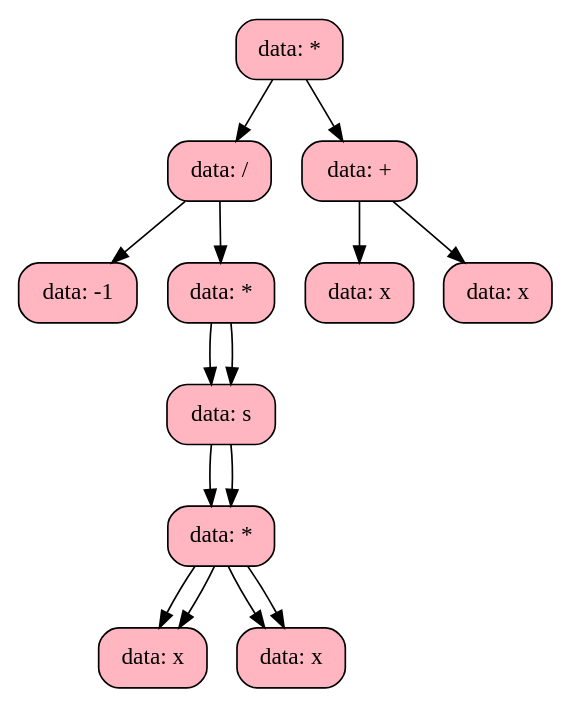
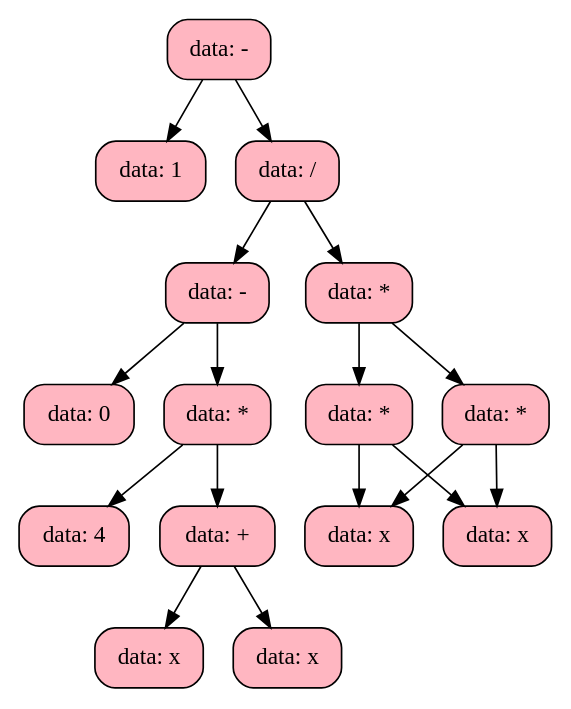
Before and after one commit to SashaOiya/Differenc: the diagram in tree.dot, drawn with Graphviz. The commit also changed 6 other files, not shown here.

```diff
--- a/tree.dot
+++ b/tree.dot
@@ -1,34 +1,36 @@
 digraph G { 
 node [shape = record];
- "00BB0D90"  "00BB0D90" [shape = Mrecord, style = filled, fillcolor = lightpink  label = "data: * "];
-"00BB0D90" -> "00BB4F48" 
- "00BB0D90" -> "00BB0DA8" 
- "00BB4F48" [shape = Mrecord, style = filled, fillcolor = lightpink  label = "data: / "];
-"00BB4F48" -> "00BB4F30" 
- "00BB4F48" -> "00BB4F18" 
- "00BB4F30" [shape = Mrecord, style = filled, fillcolor = lightpink  label = "data: -1 "];
- "00BB4F18" [shape = Mrecord, style = filled, fillcolor = lightpink  label = "data: * "];
-"00BB4F18" -> "00BB4F00" 
- "00BB4F18" -> "00BB4F00" 
- "00BB4F00" [shape = Mrecord, style = filled, fillcolor = lightpink  label = "data: s "];
-
- "00BB4F00" -> "00BB0CA8" 
- "00BB0CA8" [shape = Mrecord, style = filled, fillcolor = lightpink  label = "data: * "];
-"00BB0CA8" -> "00BB0C78" 
- "00BB0CA8" -> "00BB0C90" 
- "00BB0C78" [shape = Mrecord, style = filled, fillcolor = lightpink  label = "data: x "];
- "00BB0C90" [shape = Mrecord, style = filled, fillcolor = lightpink  label = "data: x "];
- "00BB4F00" [shape = Mrecord, style = filled, fillcolor = lightpink  label = "data: s "];
-
- "00BB4F00" -> "00BB0CA8" 
- "00BB0CA8" [shape = Mrecord, style = filled, fillcolor = lightpink  label = "data: * "];
-"00BB0CA8" -> "00BB0C78" 
- "00BB0CA8" -> "00BB0C90" 
- "00BB0C78" [shape = Mrecord, style = filled, fillcolor = lightpink  label = "data: x "];
- "00BB0C90" [shape = Mrecord, style = filled, fillcolor = lightpink  label = "data: x "];
- "00BB0DA8" [shape = Mrecord, style = filled, fillcolor = lightpink  label = "data: + "];
-"00BB0DA8" -> "00BB4FA8" 
- "00BB0DA8" -> "00BB4F78" 
- "00BB4FA8" [shape = Mrecord, style = filled, fillcolor = lightpink  label = "data: x "];
- "00BB4F78" [shape = Mrecord, style = filled, fillcolor = lightpink  label = "data: x "];
+ "00B10EA8"  "00B10EA8" [shape = Mrecord, style = filled, fillcolor = lightpink  label = "data: - "];
+"00B10EA8" -> "00B10E48" 
+ "00B10EA8" -> "00B10F38" 
+ "00B10E48" [shape = Mrecord, style = filled, fillcolor = lightpink  label = "data: 1 "];
+ "00B10F38" [shape = Mrecord, style = filled, fillcolor = lightpink  label = "data: / "];
+"00B10F38" -> "00B10E90" 
+ "00B10F38" -> "00B10DC0" 
+ "00B10E90" [shape = Mrecord, style = filled, fillcolor = lightpink  label = "data: - "];
+"00B10E90" -> "00B10F68" 
+ "00B10E90" -> "00B10E60" 
+ "00B10F68" [shape = Mrecord, style = filled, fillcolor = lightpink  label = "data: 0 "];
+ "00B10E60" [shape = Mrecord, style = filled, fillcolor = lightpink  label = "data: * "];
+"00B10E60" -> "00B10F08" 
+ "00B10E60" -> "00B10FB0" 
+ "00B10F08" [shape = Mrecord, style = filled, fillcolor = lightpink  label = "data: 4 "];
+ "00B10FB0" [shape = Mrecord, style = filled, fillcolor = lightpink  label = "data: + "];
+"00B10FB0" -> "00B104B0" 
+ "00B10FB0" -> "00B10DF0" 
+ "00B104B0" [shape = Mrecord, style = filled, fillcolor = lightpink  label = "data: x "];
+ "00B10DF0" [shape = Mrecord, style = filled, fillcolor = lightpink  label = "data: x "];
+ "00B10DC0" [shape = Mrecord, style = filled, fillcolor = lightpink  label = "data: * "];
+"00B10DC0" -> "00B10DA8" 
+ "00B10DC0" -> "00B10D90" 
+ "00B10DA8" [shape = Mrecord, style = filled, fillcolor = lightpink  label = "data: * "];
+"00B10DA8" -> "00B10CA8" 
+ "00B10DA8" -> "00B10CC0" 
+ "00B10CA8" [shape = Mrecord, style = filled, fillcolor = lightpink  label = "data: x "];
+ "00B10CC0" [shape = Mrecord, style = filled, fillcolor = lightpink  label = "data: x "];
+ "00B10D90" [shape = Mrecord, style = filled, fillcolor = lightpink  label = "data: * "];
+"00B10D90" -> "00B10CA8" 
+ "00B10D90" -> "00B10CC0" 
+ "00B10CA8" [shape = Mrecord, style = filled, fillcolor = lightpink  label = "data: x "];
+ "00B10CC0" [shape = Mrecord, style = filled, fillcolor = lightpink  label = "data: x "];
 }
```
